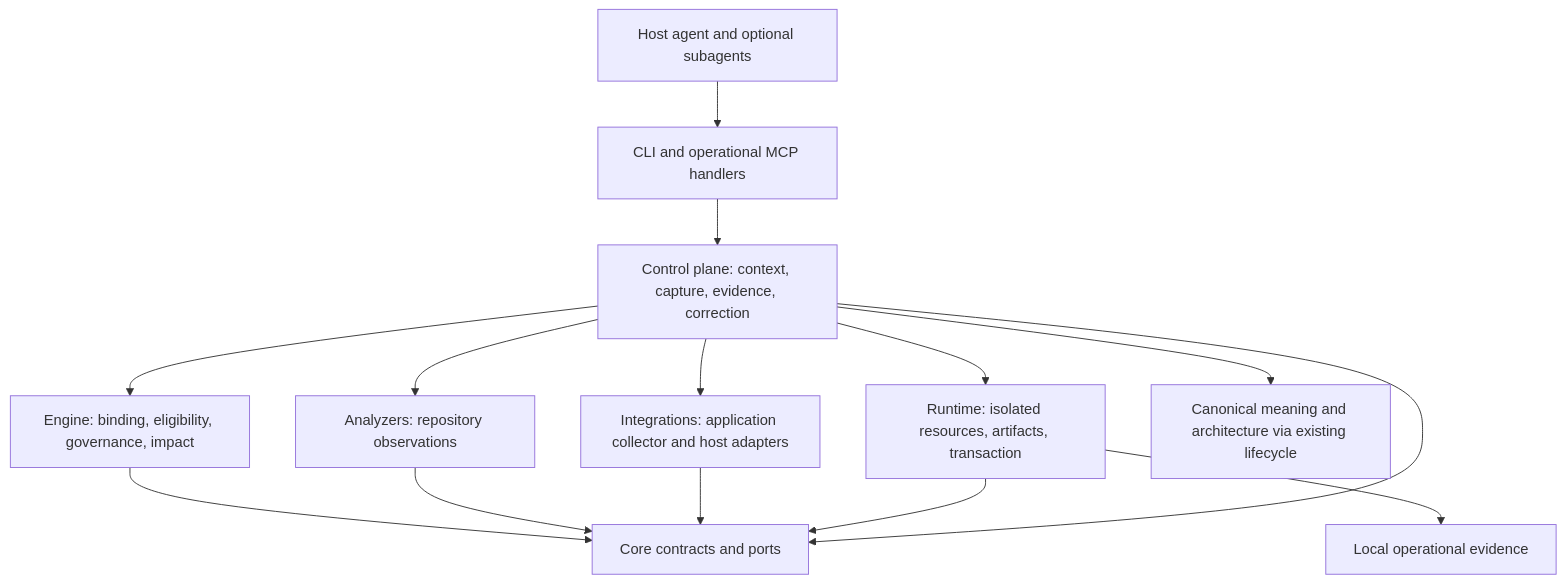
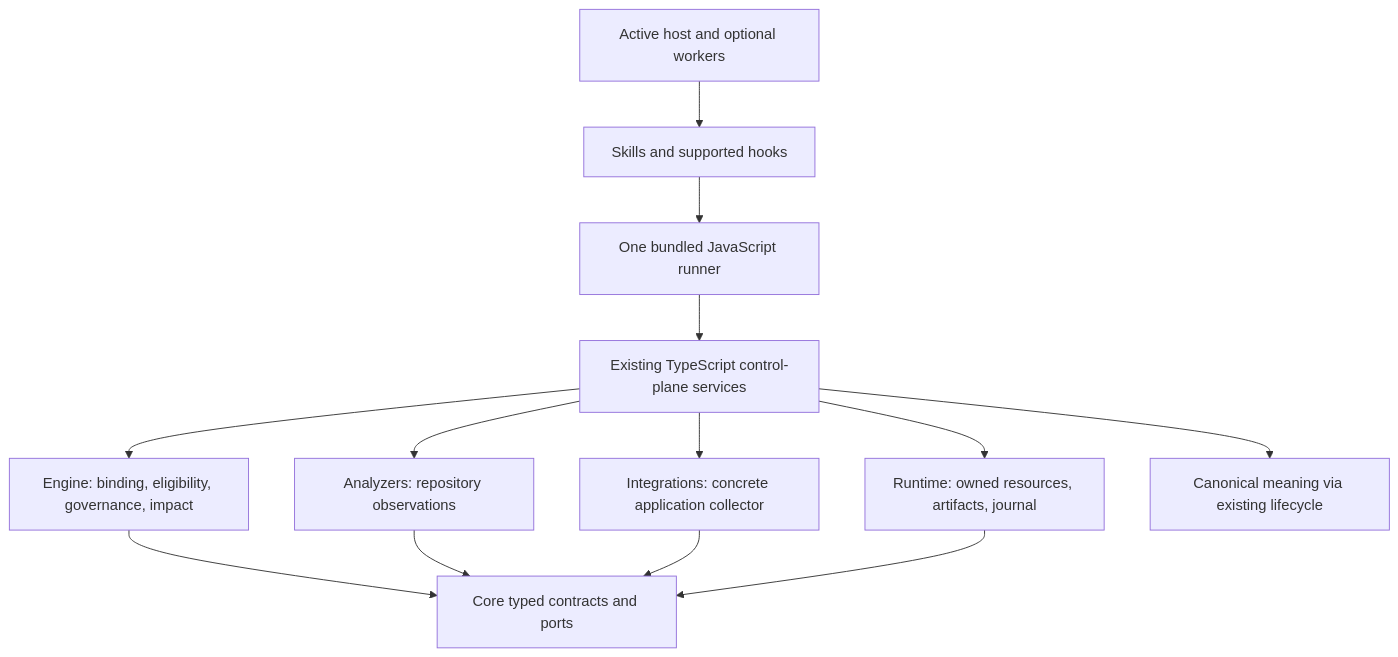
Before and after one commit to OnePersonLabs/projector: the diagram in .borg/ingest-2026-09-09/DESIGN.md, drawn with Mermaid. The commit also changed other lines of this file and 52 other files, not shown here.

````diff
--- a/.borg/ingest-2026-09-09/DESIGN.md
+++ b/.borg/ingest-2026-09-09/DESIGN.md
@@ -23,16 +13,15 @@
 ```mermaid
 flowchart TD
-    H[Host agent and optional subagents] --> CLI[CLI and operational MCP handlers]
-    CLI --> CP[Control plane: context, capture, evidence, correction]
-    CP --> E[Engine: binding, eligibility, governance, impact]
-    CP --> A[Analyzers: repository observations]
-    CP --> I[Integrations: application collector and host adapters]
-    CP --> R[Runtime: isolated resources, artifacts, transaction]
-    E --> C[Core contracts and ports]
+    H["Active host and optional workers"] --> S["Skills and supported hooks"]
+    S --> J["One bundled JavaScript runner"]
+    J --> CP["Existing TypeScript control-plane services"]
+    CP --> E["Engine: binding, eligibility, governance, impact"]
+    CP --> A["Analyzers: repository observations"]
+    CP --> I["Integrations: concrete application collector"]
+    CP --> R["Runtime: owned resources, artifacts, journal"]
+    E --> C["Core typed contracts and ports"]
     A --> C
     I --> C
     R --> C
-    CP --> C
-    CP --> M[Canonical meaning and architecture via existing lifecycle]
-    R --> O[Local operational evidence]
+    CP --> M["Canonical meaning via existing lifecycle"]
 ```
````
